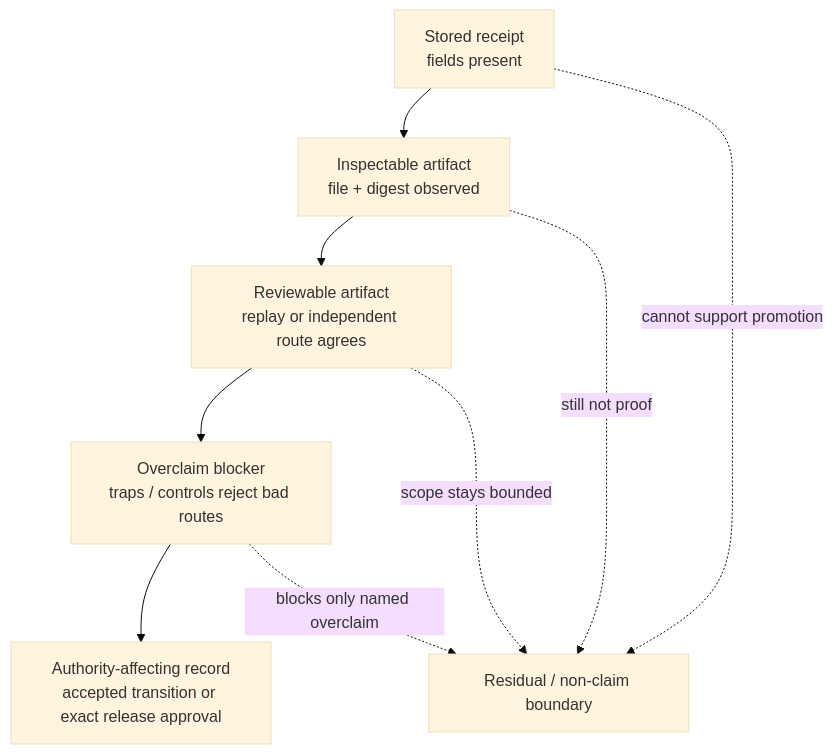
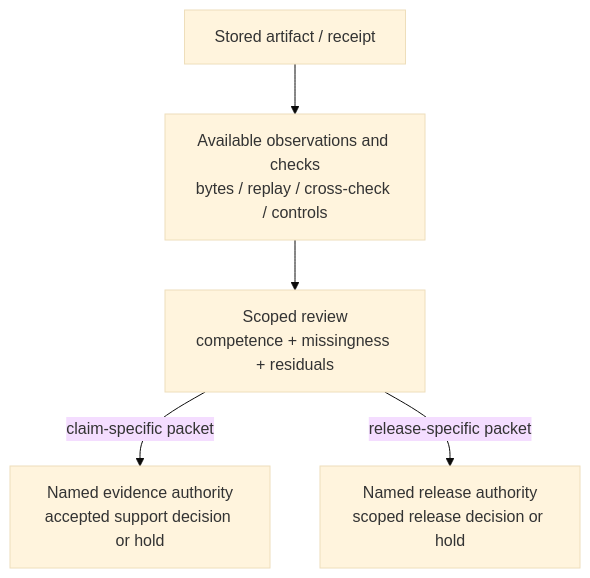
Before and after one commit to corbensorenson/asi-stack-book: the fourth of 4 diagrams in chapters/artifact-graphs-audit-logs-and-replay.qmd, drawn with Mermaid (base theme). The commit also changed other lines of this file and 345 other files, not shown here.

````diff
--- a/chapters/artifact-graphs-audit-logs-and-replay.qmd
+++ b/chapters/artifact-graphs-audit-logs-and-replay.qmd
@@ -769,11 +810,9 @@
 ```{mermaid}
-flowchart TB
-  A["Stored receipt\nfields present"] --> B["Inspectable artifact\nfile + digest observed"]
-  B --> C["Reviewable artifact\nreplay or independent route agrees"]
-  C --> D["Overclaim blocker\ntraps / controls reject bad routes"]
-  D --> E["Authority-affecting record\naccepted transition or exact release approval"]
-  A -. "cannot support promotion" .-> R["Residual / non-claim boundary"]
-  B -. "still not proof" .-> R
-  C -. "scope stays bounded" .-> R
-  D -. "blocks only named overclaim" .-> R
+flowchart TD
+  accTitle: Proposed record review with separate decision owners
+  accDescr: A stored artifact and receipt are joined to available byte, digest, replay, command, cross-check, and negative-control observations. A scoped review records competence, missingness, and residuals. Evidence authority separately decides a claim-specific support transition; release authority separately decides scoped publication or deployment. No arrow grants either decision merely because a record exists, and release approval does not change claim support.
+  A["Stored artifact / receipt"] --> B["Available observations and checks<br/>bytes / replay / cross-check / controls"]
+  B --> C["Scoped review<br/>competence + missingness + residuals"]
+  C -- "claim-specific packet" --> E["Named evidence authority<br/>accepted support decision or hold"]
+  C -- "release-specific packet" --> R["Named release authority<br/>scoped release decision or hold"]
 ```
````
